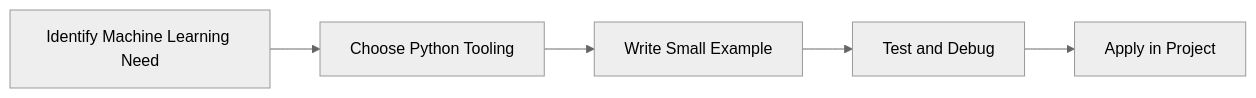
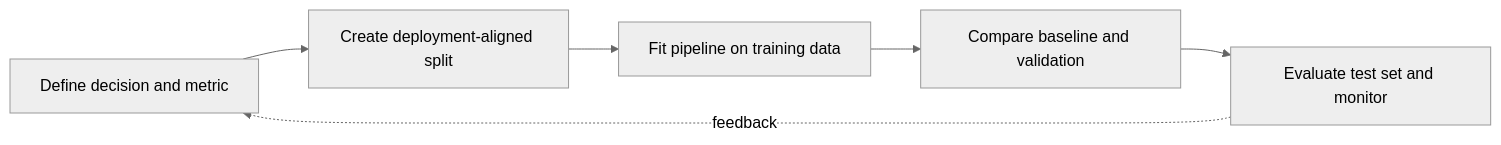
The diagram in Python-Mastery/Advanced/23-machine-learning.md (SYMOIZ/E-Learning-Portal), drawn with Mermaid (neutral theme) before and after one commit. The commit also changed other lines of this file and 116 other files, not shown here.

````diff
--- a/Python-Mastery/Advanced/23-machine-learning.md
+++ b/Python-Mastery/Advanced/23-machine-learning.md
@@ -129,7 +167,8 @@
 ```mermaid
 flowchart LR
-    A[Identify Machine Learning Need] --> B[Choose Python Tooling]
-    B --> C[Write Small Example]
-    C --> D[Test and Debug]
-    D --> E[Apply in Project]
+    A[Define decision and metric] --> B[Create deployment-aligned split]
+    B --> C[Fit pipeline on training data]
+    C --> D[Compare baseline and validation]
+    D --> E[Evaluate test set and monitor]
+    E -. feedback .-> A
 ```
````
